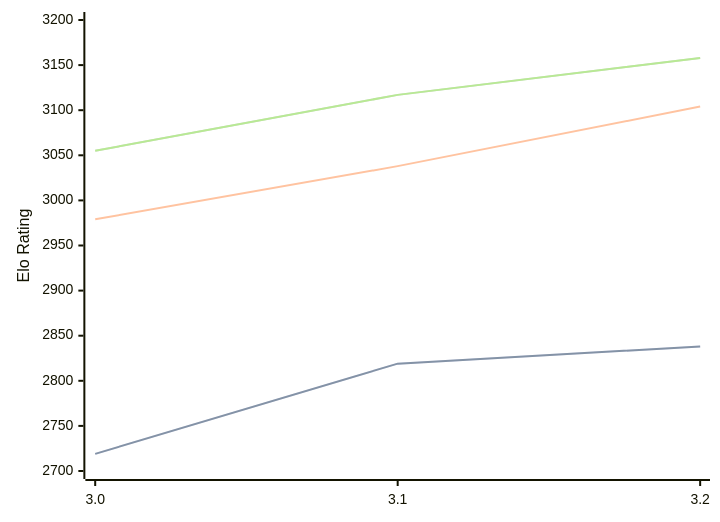
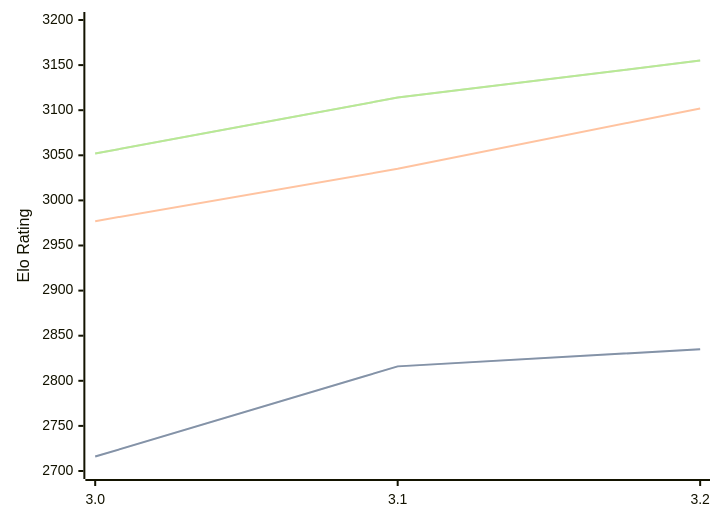
Before and after one commit to computer-chess-index/cci: the diagram in engines/Vajolet2.md, drawn with Mermaid. The commit also changed other lines of this file, not shown here.

Commit message:
Update CCI Ratings (ELO VLTC) - 2026-06-08

````diff
--- a/engines/Vajolet2.md
+++ b/engines/Vajolet2.md
@@ -41,11 +41,11 @@
 ```mermaid
 %%{init: {"theme":"base","themeVariables":{"seriesColors:['#a3a3a3','#222221','#faa371']}}}%%
 xychart-beta
   x-axis ["3.0", "3.1", "3.2"]
   y-axis "Elo Rating" 2700 --> 3200
-  line "STC (8.0+0.08s)" [2719, 2819, 2838]
-  line "STC (8.0+0.08s)" [2719, 2819, 2838]
-  line "LTC (60.0+0.60s)" [2979, 3038, 3104]
-  line "VLTC (2m24s+1.12s)" [3055, 3117, 3158]
-  line "VLTC (2m24s+1.12s)" [3055, 3117, 3158]
+  line "STC (8.0+0.08s)" [2716, 2816, 2835]
+  line "STC (8.0+0.08s)" [2716, 2816, 2835]
+  line "LTC (60.0+0.60s)" [2977, 3035, 3102]
+  line "VLTC (2m24s+1.12s)" [3052, 3114, 3155]
+  line "VLTC (2m24s+1.12s)" [3052, 3114, 3155]
 ```
````
